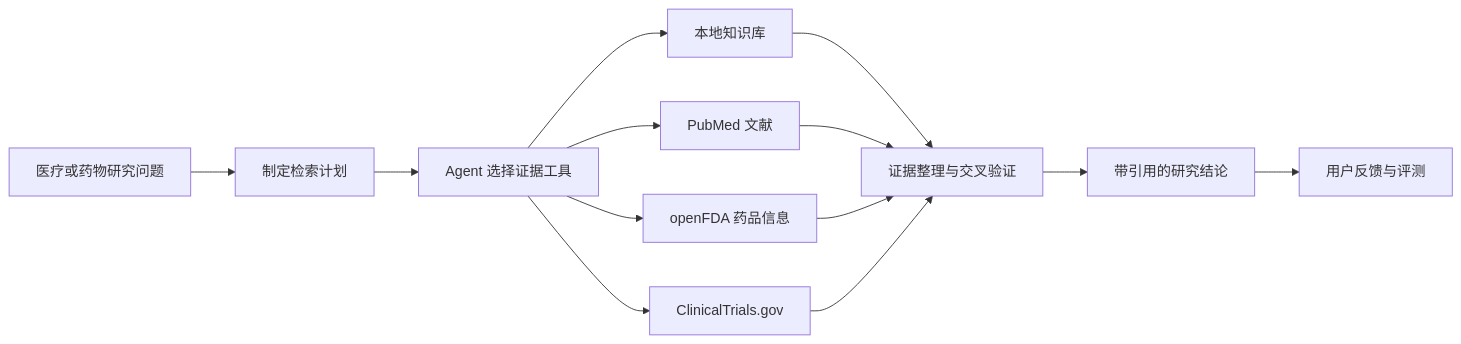
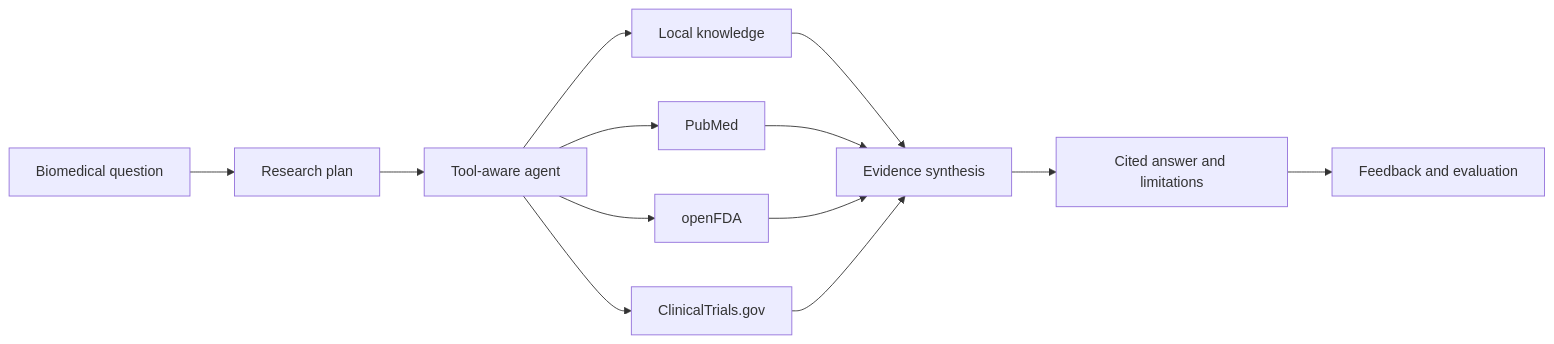
The first of 2 diagrams in README.md (Mainenp/BioCoder), drawn with Mermaid before and after one commit. The commit also changed other lines of this file, not shown here.

````diff
--- a/README.md
+++ b/README.md
@@ -97,15 +36,15 @@
 ```mermaid
 flowchart LR
-    Q["医疗或药物研究问题"] --> P["制定检索计划"]
-    P --> A["Agent 选择证据工具"]
-    A --> L["本地知识库"]
-    A --> M["PubMed 文献"]
-    A --> F["openFDA 药品信息"]
+    Q["Biomedical question"] --> P["Research plan"]
+    P --> A["Tool-aware agent"]
+    A --> K["Local knowledge"]
+    A --> M["PubMed"]
+    A --> F["openFDA"]
     A --> C["ClinicalTrials.gov"]
-    L --> R["证据整理与交叉验证"]
-    M --> R
-    F --> R
-    C --> R
-    R --> J["带引用的研究结论"]
-    J --> H["用户反馈与评测"]
+    K --> S["Evidence synthesis"]
+    M --> S
+    F --> S
+    C --> S
+    S --> R["Cited answer and limitations"]
+    R --> E["Feedback and evaluation"]
 ```
````
